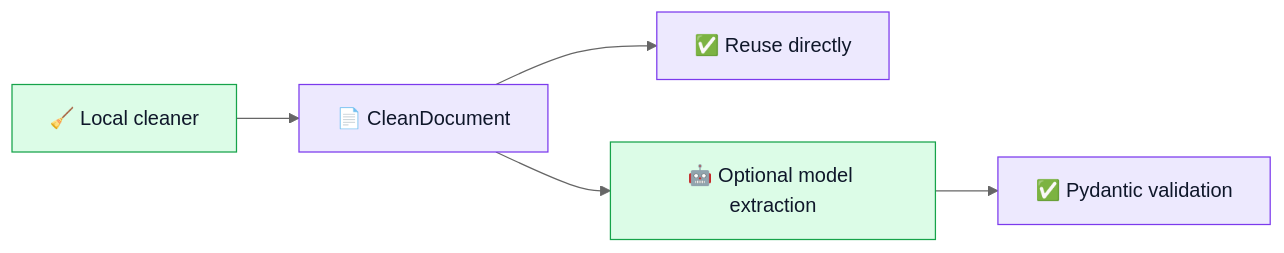
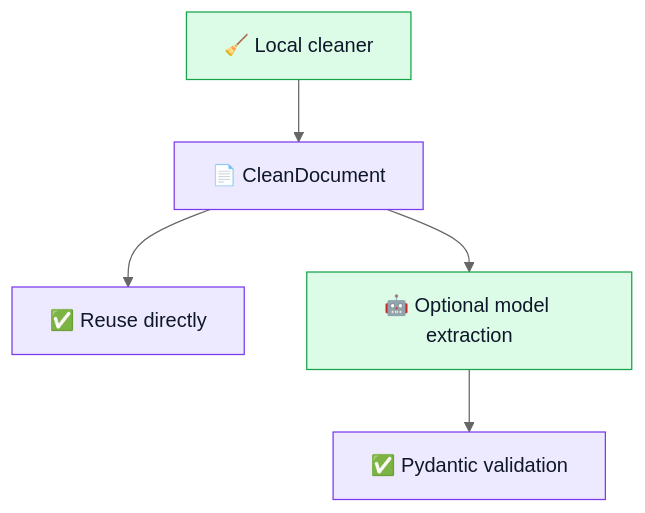
The second of 2 diagrams in README.md (Hatef-AGInaz/AGInaz_Smart_Miner), drawn with Mermaid (neutral theme) before and after one commit.

Commit message:
docs: fit both diagrams within README width

````diff
--- a/README.md
+++ b/README.md
@@ -63,11 +63,11 @@
 ```mermaid
-flowchart LR
+flowchart TD
     A["🧹 Local cleaner"] --> B["📄 CleanDocument"]
     B --> C["✅ Reuse directly"]
     B --> D["🤖 Optional model extraction"] --> E["✅ Pydantic validation"]
 
     classDef process fill:#dcfce7,stroke:#16a34a,color:#0f172a;
     classDef output fill:#ede9fe,stroke:#7c3aed,color:#0f172a;
     class A,D process;
     class B,C,E output;
 ```
````
